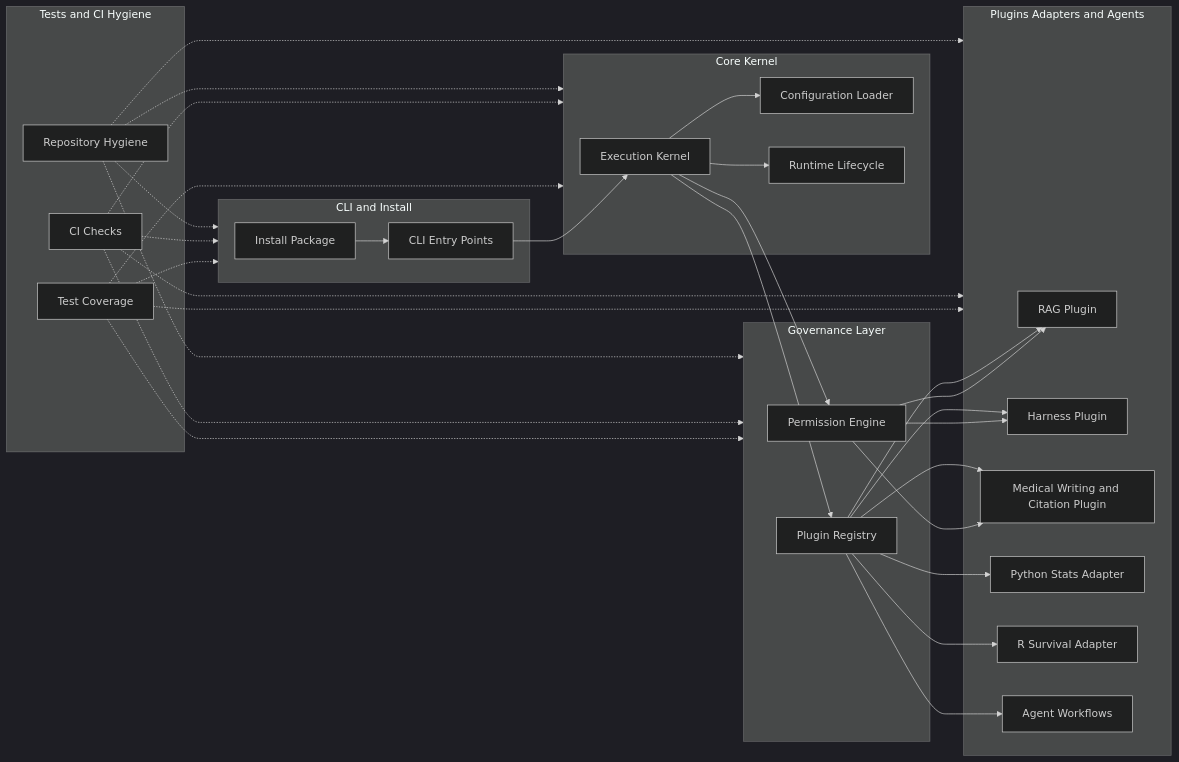
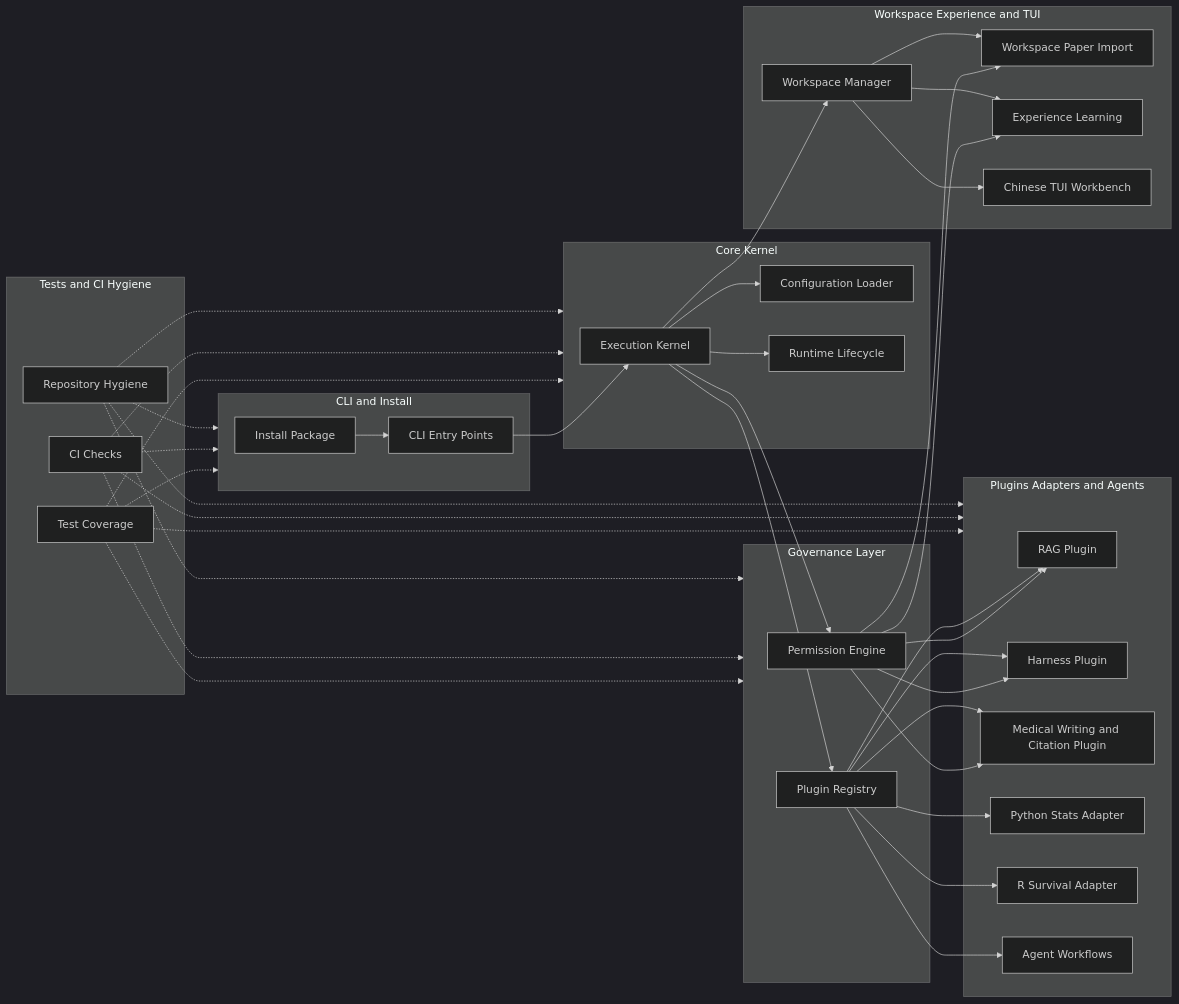
Before and after one commit to KarasawaYikiho/SuperMedicine: the first of 2 diagrams in Architecture/ExecutionRoadmap.md, drawn with Mermaid (dark theme). The commit also changed other lines of this file and 47 other files, not shown here.

Commit message:
feat: add workspace research tools and TUI workflows

````diff
--- a/Architecture/ExecutionRoadmap.md
+++ b/Architecture/ExecutionRoadmap.md
@@ -7,60 +7,73 @@
 ```mermaid
 flowchart LR
     subgraph cli["CLI and Install"]
         install["Install Package"]
         command["CLI Entry Points"]
     end
 
     subgraph kernel["Core Kernel"]
         core["Execution Kernel"]
         config["Configuration Loader"]
         lifecycle["Runtime Lifecycle"]
     end
 
     subgraph governance["Governance Layer"]
         permissions["Permission Engine"]
         registry["Plugin Registry"]
+    end
+
+    subgraph workspace["Workspace Experience and TUI"]
+        workspaceManager["Workspace Manager"]
+        paper["Workspace Paper Import"]
+        experience["Experience Learning"]
+        tui["Chinese TUI Workbench"]
     end
 
     subgraph extensions["Plugins Adapters and Agents"]
         rag["RAG Plugin"]
         harness["Harness Plugin"]
         writing["Medical Writing and Citation Plugin"]
         pystats["Python Stats Adapter"]
         rsurvival["R Survival Adapter"]
         agents["Agent Workflows"]
     end
 
     subgraph quality["Tests and CI Hygiene"]
         tests["Test Coverage"]
         ci["CI Checks"]
         hygiene["Repository Hygiene"]
     end
 
     install --> command --> core
     core --> config
     core --> lifecycle
     core --> permissions
     core --> registry
     permissions --> rag
     permissions --> harness
     permissions --> writing
     registry --> rag
     registry --> harness
     registry --> writing
     registry --> pystats
     registry --> rsurvival
     registry --> agents
+    core --> workspaceManager
+    permissions --> paper
+    permissions --> experience
+    workspaceManager --> paper
+    workspaceManager --> experience
+    workspaceManager --> tui
     tests -.-> cli
     tests -.-> kernel
     tests -.-> governance
     tests -.-> extensions
     ci -.-> cli
     ci -.-> kernel
     ci -.-> governance
     ci -.-> extensions
     hygiene -.-> cli
     hygiene -.-> kernel
     hygiene -.-> governance
     hygiene -.-> extensions
 ```
````
